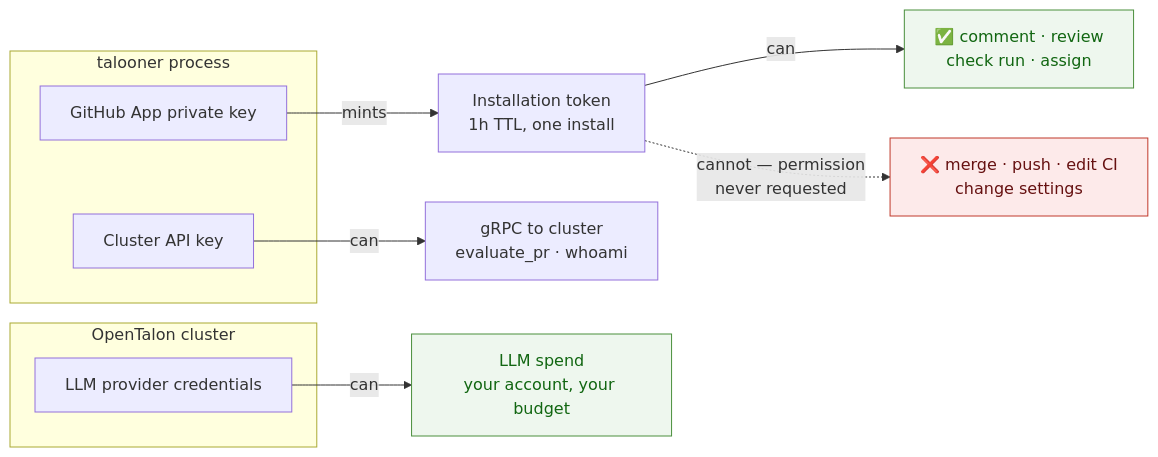
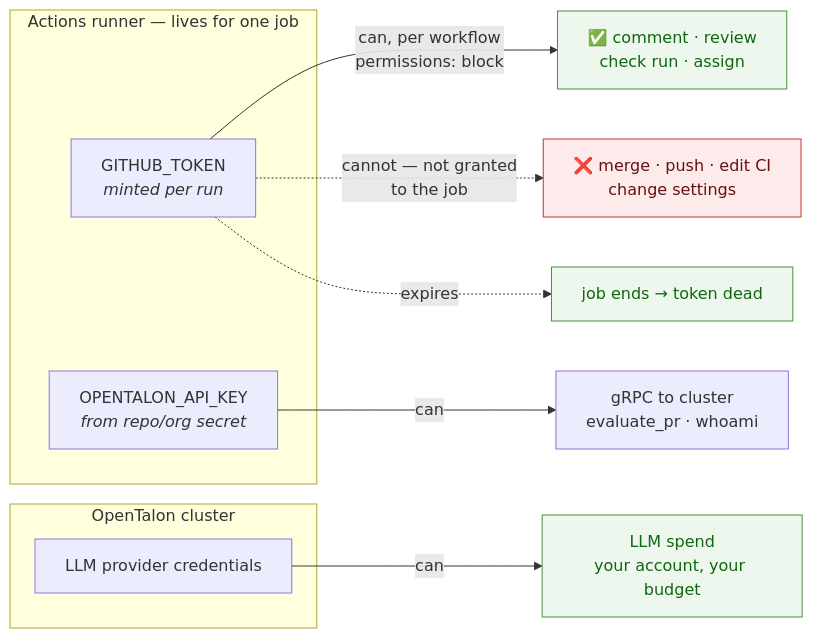
One commit to opentalon/talooner changed the ninth of 10 diagrams in diagrams.md. Above: the diagram before and after it, drawn with Mermaid. The commit also changed other lines of this file and 7 other files, not shown here.

````diff
--- a/diagrams.md
+++ b/diagrams.md
@@ -405,23 +426,23 @@
 ```mermaid
 flowchart LR
-    subgraph BOTP["talooner process"]
-        K1["GitHub App private key"]
-        K2["Cluster API key"]
+    subgraph BOTP["Actions runner — lives for one job"]
+        K1["GITHUB_TOKEN<br/><i>minted per run</i>"]
+        K2["OPENTALON_API_KEY<br/><i>from repo/org secret</i>"]
     end
 
     subgraph CLP["OpenTalon cluster"]
         K3["LLM provider credentials"]
     end
 
-    K1 -->|"mints"| IT["Installation token<br/>1h TTL, one install"]
-    IT -->|"can"| CAN["✅ comment · review<br/>check run · assign"]
-    IT -.->|"cannot — permission<br/>never requested"| CANT["❌ merge · push · edit CI<br/>change settings"]
+    K1 -->|"can, per workflow<br/>permissions: block"| CAN["✅ comment · review<br/>check run · assign"]
+    K1 -.->|"cannot — not granted<br/>to the job"| CANT["❌ merge · push · edit CI<br/>change settings"]
+    K1 -.->|"expires"| EXP["job ends → token dead"]
 
     K2 -->|"can"| RPC["gRPC to cluster<br/>evaluate_pr · whoami"]
     K3 -->|"can"| SPEND["LLM spend<br/>your account, your budget"]
 
     classDef no fill:#fdeaea,stroke:#c0392b,color:#611
     classDef yes fill:#eef7ee,stroke:#4a8f3c,color:#161
     class CANT no
-    class CAN,SPEND yes
+    class CAN,SPEND,EXP yes
 ```
````
